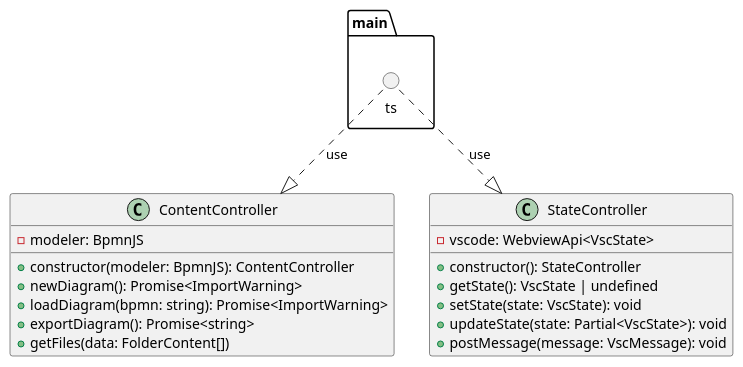
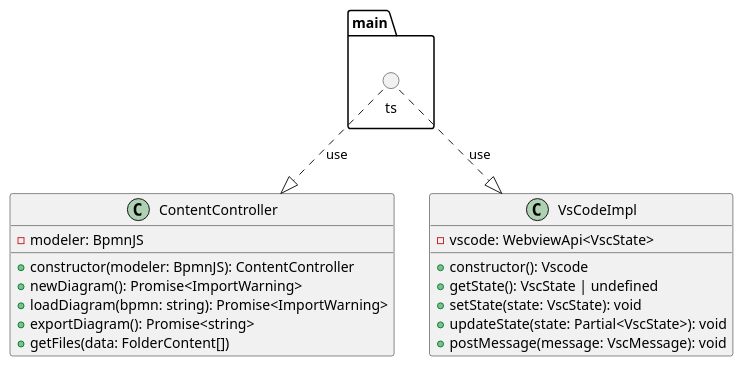
The diagram in apps/miranum-bpmn-modeler-webview/uml/webview.puml (Miragon/miranum-ide), drawn with PlantUML before and after one commit. The commit also changed 23 other files, not shown here.

```diff
--- a/apps/miranum-bpmn-modeler-webview/uml/webview.puml
+++ b/apps/miranum-bpmn-modeler-webview/uml/webview.puml
@@ -1,26 +1,26 @@
 @startuml
 
 class ContentController {
     - modeler: BpmnJS
     + constructor(modeler: BpmnJS): ContentController
     + newDiagram(): Promise<ImportWarning>
     + loadDiagram(bpmn: string): Promise<ImportWarning>
     + exportDiagram(): Promise<string>
     + getFiles(data: FolderContent[])
 }
 
-class StateController {
+class VsCodeImpl {
     - vscode: WebviewApi<VscState>
-    + constructor(): StateController
+    + constructor(): Vscode
     + getState(): VscState | undefined
     + setState(state: VscState): void
     + updateState(state: Partial<VscState>): void
     + postMessage(message: VscMessage): void
 }
 
 circle main.ts
 
 main.ts ..|> ContentController : use
-main.ts ..|> StateController : use
+main.ts ..|> VsCodeImpl : use
 
 @enduml
```
